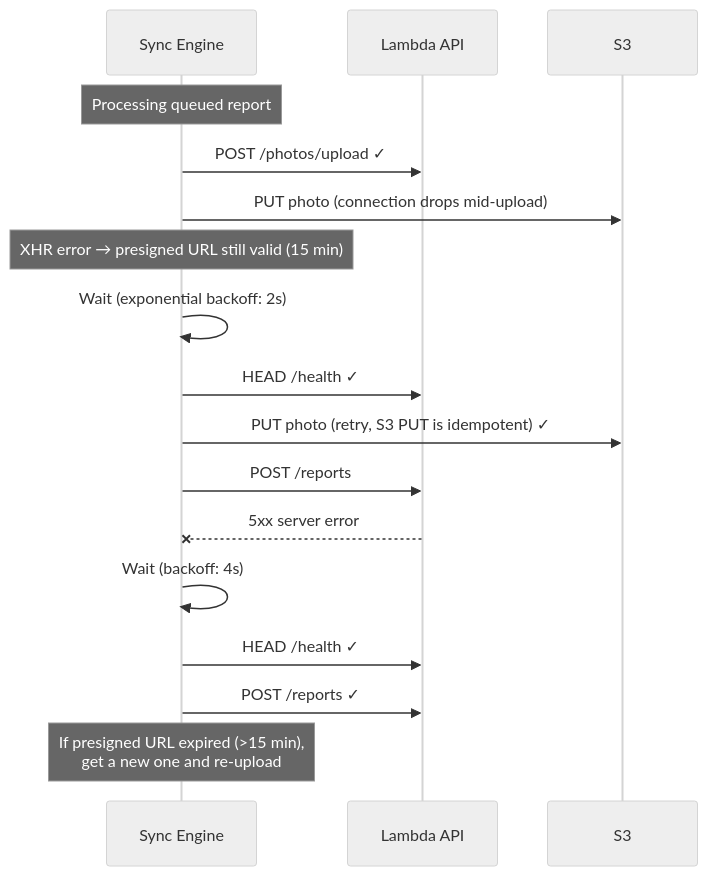
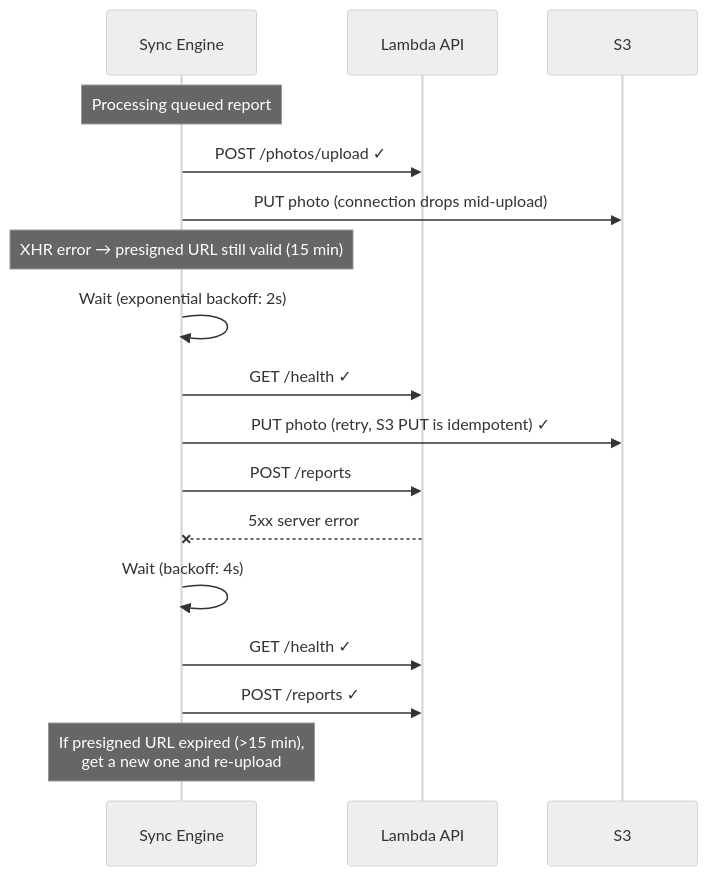
Before and after one commit to foad/terra: the seventh of 10 diagrams in docs/offline-connectivity-scenarios.md, drawn with Mermaid (neutral theme). The commit also changed other lines of this file and 3 other files, not shown here.

````diff
--- a/docs/offline-connectivity-scenarios.md
+++ b/docs/offline-connectivity-scenarios.md
@@ -172,25 +172,25 @@
 ```mermaid
 sequenceDiagram
     participant Sync as Sync Engine
     participant API as Lambda API
     participant S3 as S3
 
     Note over Sync: Processing queued report
 
     Sync->>API: POST /photos/upload ✓
     Sync->>S3: PUT photo (connection drops mid-upload)
     Note over Sync: XHR error → presigned URL still valid (15 min)
 
     Sync->>Sync: Wait (exponential backoff: 2s)
-    Sync->>API: HEAD /health ✓
+    Sync->>API: GET /health ✓
     Sync->>S3: PUT photo (retry, S3 PUT is idempotent) ✓
 
     Sync->>API: POST /reports
     API--xSync: 5xx server error
 
     Sync->>Sync: Wait (backoff: 4s)
-    Sync->>API: HEAD /health ✓
+    Sync->>API: GET /health ✓
     Sync->>API: POST /reports ✓
 
     Note over Sync: If presigned URL expired (>15 min),<br/>get a new one and re-upload
 ```
````
